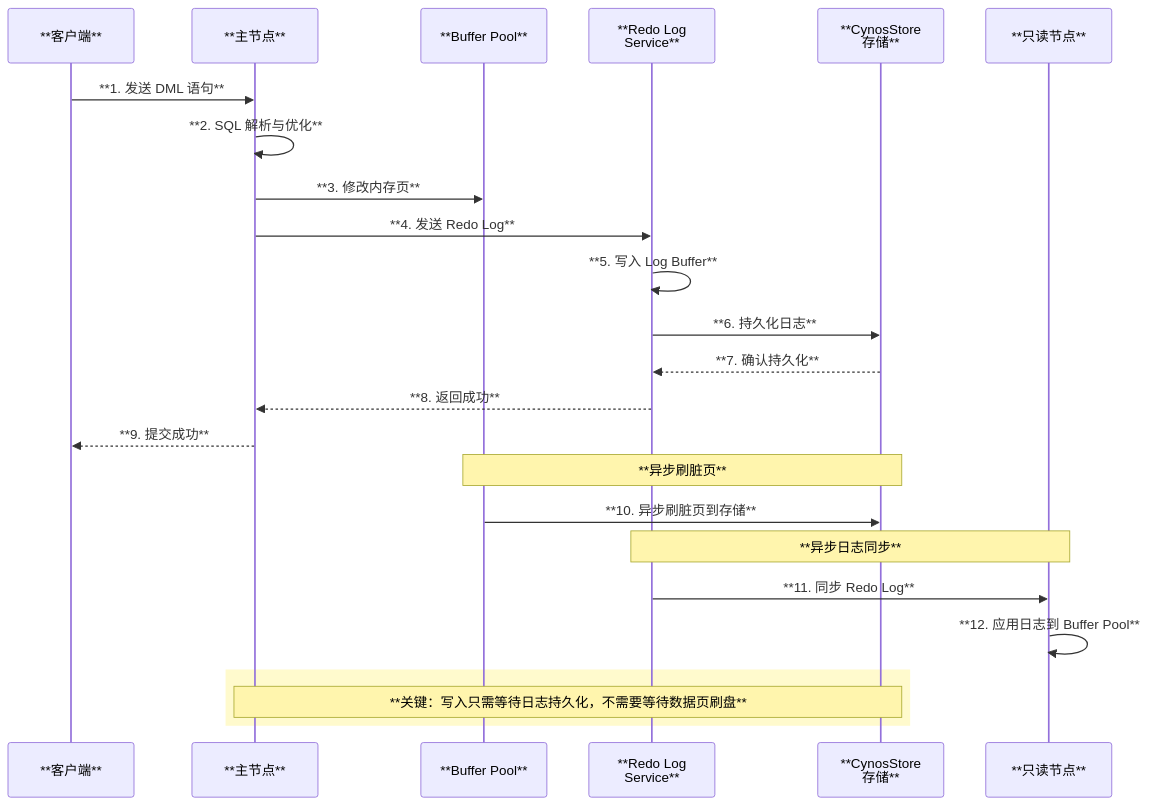
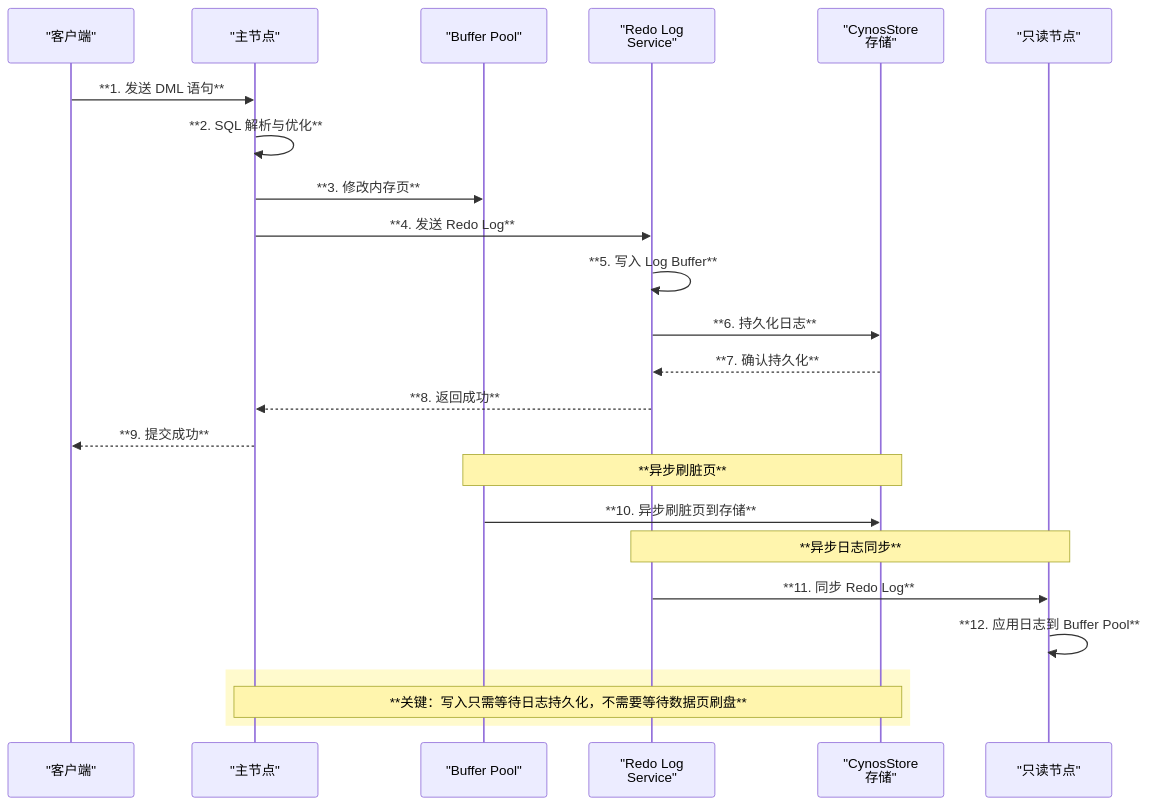
Before and after one commit to victor1589007281/percona-server: the fifth of 15 diagrams in vdocs/design/TDSQL-C_Architecture.md, drawn with Mermaid. The commit also changed other lines of this file and 141 other files, not shown here.

````diff
--- a/vdocs/design/TDSQL-C_Architecture.md
+++ b/vdocs/design/TDSQL-C_Architecture.md
@@ -241,30 +241,30 @@
 ```mermaid
 sequenceDiagram
-    participant **C** as **客户端**
-    participant **M** as **主节点**
-    participant **BP** as **Buffer Pool**
-    participant **RLS** as **Redo Log<br/>Service**
-    participant **CS** as **CynosStore<br/>存储**
-    participant **RO** as **只读节点**
+    participant C as "客户端"
+    participant M as "主节点"
+    participant BP as "Buffer Pool"
+    participant RLS as "Redo Log<br/>Service"
+    participant CS as "CynosStore<br/>存储"
+    participant RO as "只读节点"
     
-    **C**->>**M**: **1. 发送 DML 语句**
-    **M**->>**M**: **2. SQL 解析与优化**
-    **M**->>**BP**: **3. 修改内存页**
-    **M**->>**RLS**: **4. 发送 Redo Log**
-    **RLS**->>**RLS**: **5. 写入 Log Buffer**
-    **RLS**->>**CS**: **6. 持久化日志**
-    **CS**-->>**RLS**: **7. 确认持久化**
-    **RLS**-->>**M**: **8. 返回成功**
-    **M**-->>**C**: **9. 提交成功**
+    C->>M: **1. 发送 DML 语句**
+    M->>M: **2. SQL 解析与优化**
+    M->>BP: **3. 修改内存页**
+    M->>RLS: **4. 发送 Redo Log**
+    RLS->>RLS: **5. 写入 Log Buffer**
+    RLS->>CS: **6. 持久化日志**
+    CS-->>RLS: **7. 确认持久化**
+    RLS-->>M: **8. 返回成功**
+    M-->>C: **9. 提交成功**
     
-    Note over **BP**,**CS**: **异步刷脏页**
-    **BP**->>**CS**: **10. 异步刷脏页到存储**
+    Note over BP,CS: **异步刷脏页**
+    BP->>CS: **10. 异步刷脏页到存储**
     
-    Note over **RLS**,**RO**: **异步日志同步**
-    **RLS**->>**RO**: **11. 同步 Redo Log**
-    **RO**->>**RO**: **12. 应用日志到 Buffer Pool**
+    Note over RLS,RO: **异步日志同步**
+    RLS->>RO: **11. 同步 Redo Log**
+    RO->>RO: **12. 应用日志到 Buffer Pool**
     
     rect rgb(255, 250, 205)
-    Note over **M**,**CS**: **关键：写入只需等待日志持久化，不需要等待数据页刷盘**
+    Note over M,CS: **关键：写入只需等待日志持久化，不需要等待数据页刷盘**
     end
 ```
````
